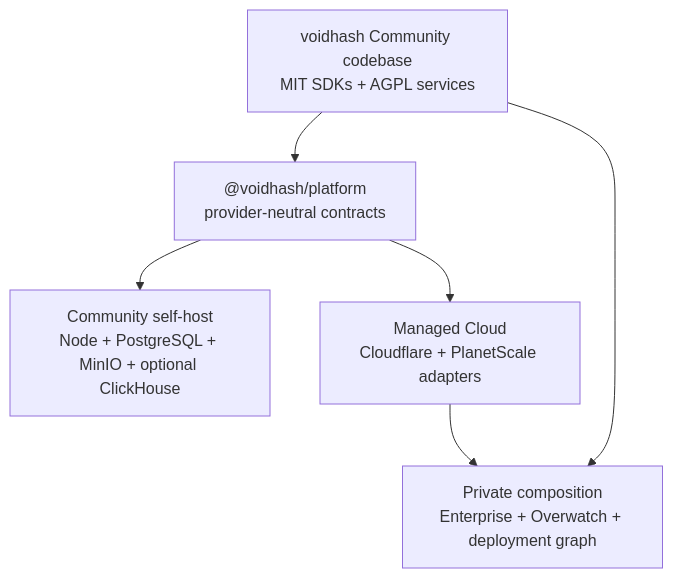
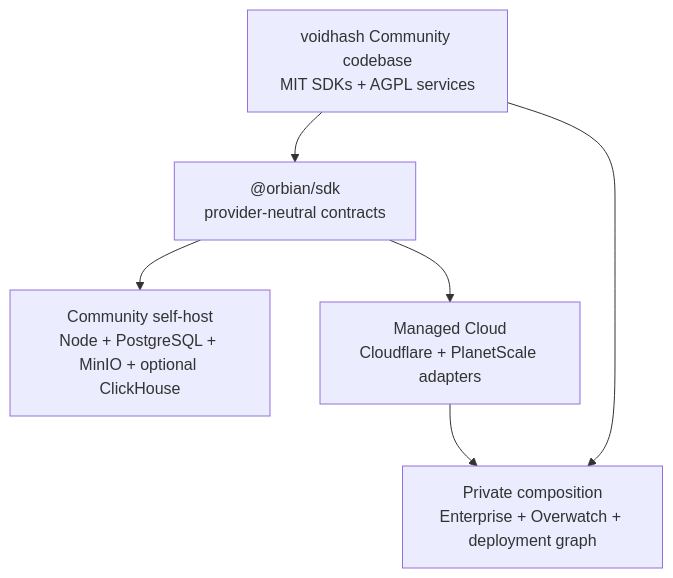
The diagram in docs/architecture.md (voidhashcom/voidhash), drawn with Mermaid before and after one commit. The commit also changed other lines of this file and 97 other files, not shown here.

````diff
--- a/docs/architecture.md
+++ b/docs/architecture.md
@@ -10,14 +10,14 @@
 ```mermaid
 flowchart TD
   Community["voidhash Community codebase<br/>MIT SDKs + AGPL services"]
-  Platform["@voidhash/platform<br/>provider-neutral contracts"]
+  Platform["@orbian/sdk<br/>provider-neutral contracts"]
   Node["Community self-host<br/>Node + PostgreSQL + MinIO + optional ClickHouse"]
   Cloud["Managed Cloud<br/>Cloudflare + PlanetScale adapters"]
   Private["Private composition<br/>Enterprise + Overwatch + deployment graph"]
 
   Community --> Platform
   Platform --> Node
   Platform --> Cloud
   Community --> Private
   Cloud --> Private
 ```
````
